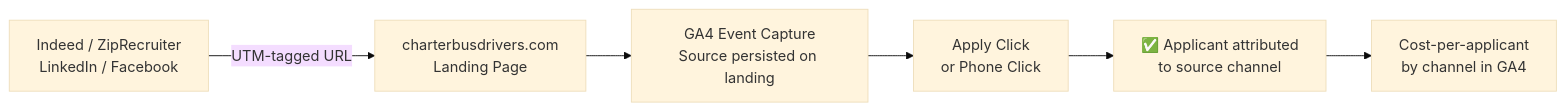
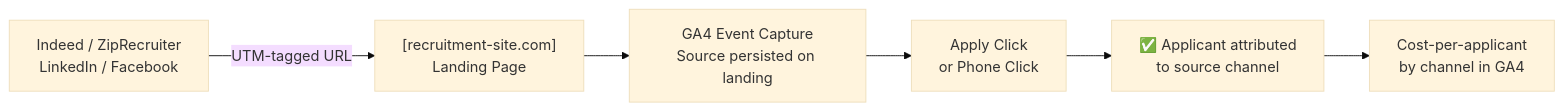
One commit to jzimdars-RTG/portfolio changed the diagram in case-studies/driver-recruitment.md. Above: the diagram before and after it, drawn with Mermaid (base theme). The commit also changed other lines of this file and 12 other files, not shown here.

````diff
--- a/case-studies/driver-recruitment.md
+++ b/case-studies/driver-recruitment.md
@@ -26,8 +26,8 @@
 ```mermaid
 flowchart LR
-    A[Indeed / ZipRecruiter\nLinkedIn / Facebook] -->|UTM-tagged URL| B[charterbusdrivers.com\nLanding Page]
+    A[Indeed / ZipRecruiter\nLinkedIn / Facebook] -->|UTM-tagged URL| B["[recruitment-site.com]\nLanding Page"]
     B --> C[GA4 Event Capture\nSource persisted on landing]
     C --> D[Apply Click\nor Phone Click]
     D --> E[✅ Applicant attributed\nto source channel]
     E --> F[Cost-per-applicant\nby channel in GA4]
 ```
````
